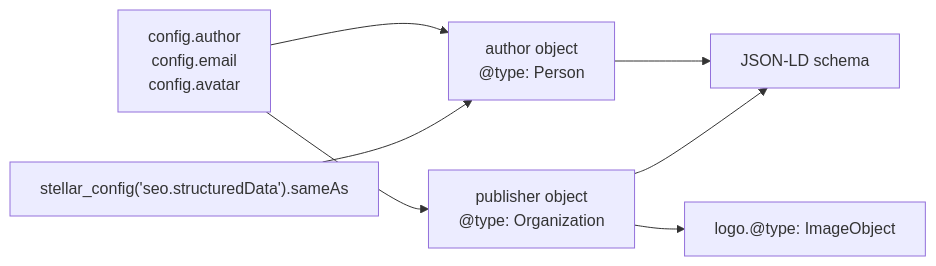
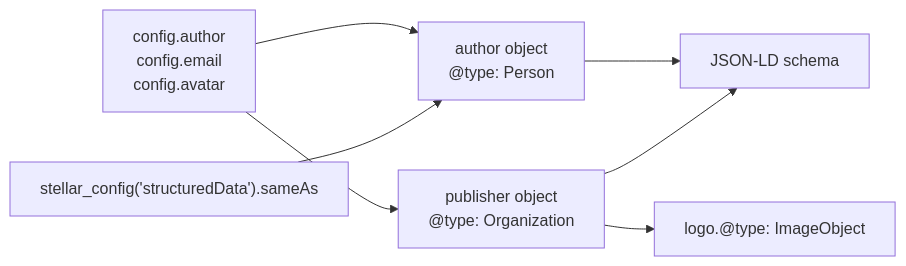
One commit to xaoxuu/hexo-theme-stellar changed the sixth of 8 diagrams in docs/knowledge/02-布局系统/head-seo.md. Above: the diagram before and after it, drawn with Mermaid. The commit also changed other lines of this file and 42 other files, not shown here.

````diff
--- a/docs/knowledge/02-布局系统/head-seo.md
+++ b/docs/knowledge/02-布局系统/head-seo.md
@@ -354,12 +353,12 @@
 ```mermaid
 graph LR
     CONFIG["config.author<br/>config.email<br/>config.avatar"] --> AUTHOR["author object<br/>@type: Person"]
     CONFIG --> PUBLISHER["publisher object<br/>@type: Organization"]
     
-    STRUCTDATA["stellar_config('seo.structuredData').sameAs"] --> AUTHOR
+    STRUCTDATA["stellar_config('structuredData').sameAs"] --> AUTHOR
     
     AUTHOR --> SCHEMA["JSON-LD schema"]
     PUBLISHER --> SCHEMA
     
     PUBLISHER --> LOGO["logo.@type: ImageObject"]
 ```
````
